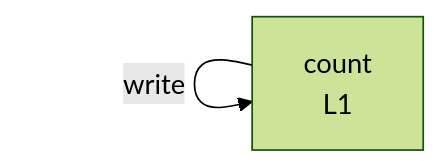
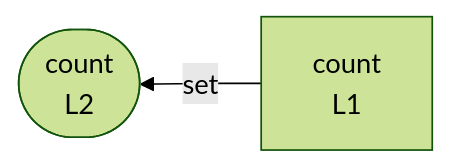
Before and after one commit to crescware/unsnarl: the diagram in integration/fixtures/minimal-let/preview.md, drawn with Mermaid (forest theme). The commit also changed 12 other files, not shown here.

First line of the commit message:
feat(mermaid): chain let writes through dedicated write-op nodes

````diff
--- a/integration/fixtures/minimal-let/preview.md
+++ b/integration/fixtures/minimal-let/preview.md
@@ -12,5 +12,6 @@
 ```mermaid
 flowchart RL
   n_scope_0_count_4["count<br/>L1"]
-  n_scope_0_count_4 -->|write| n_scope_0_count_4
+  wr_ref_0(["count<br/>L2"])
+  n_scope_0_count_4 -->|set| wr_ref_0
 ```
````
